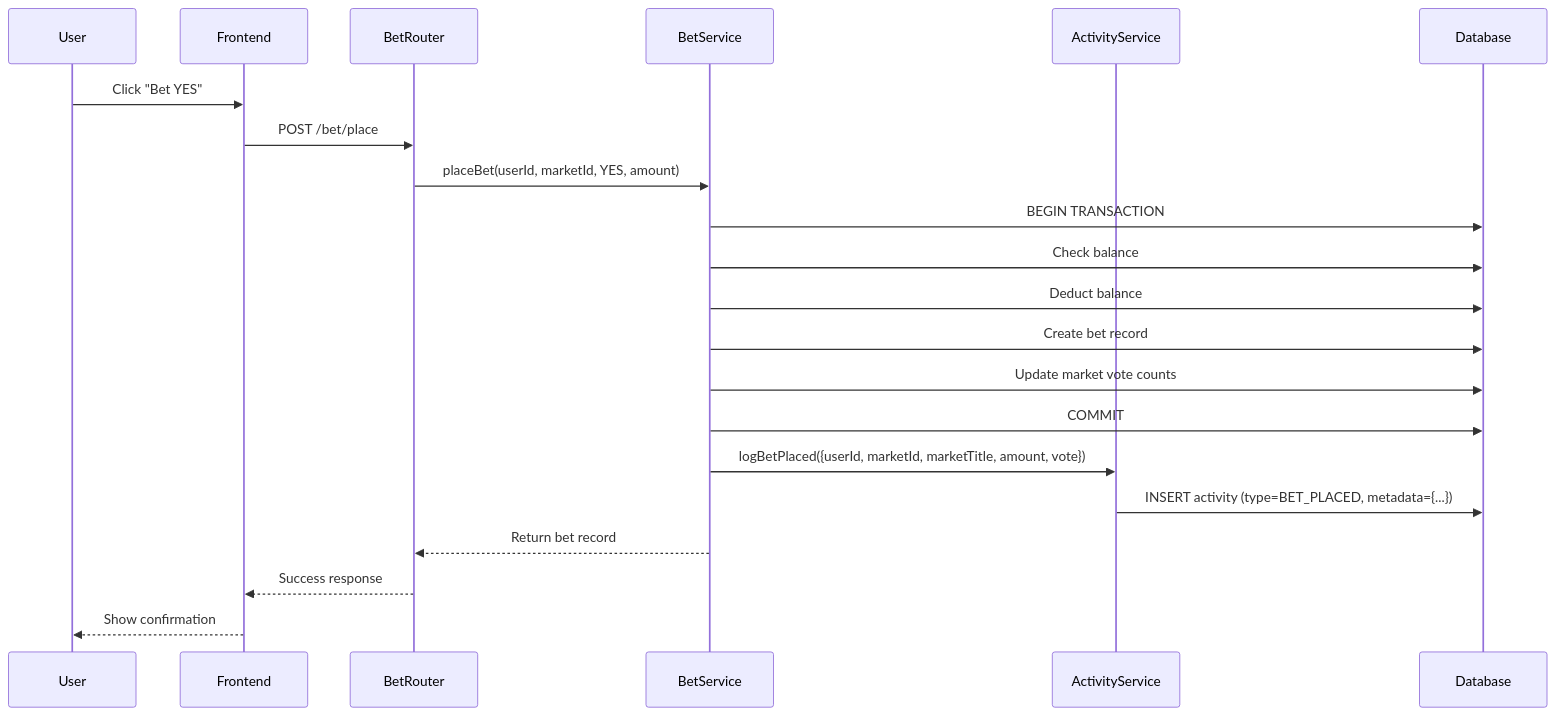
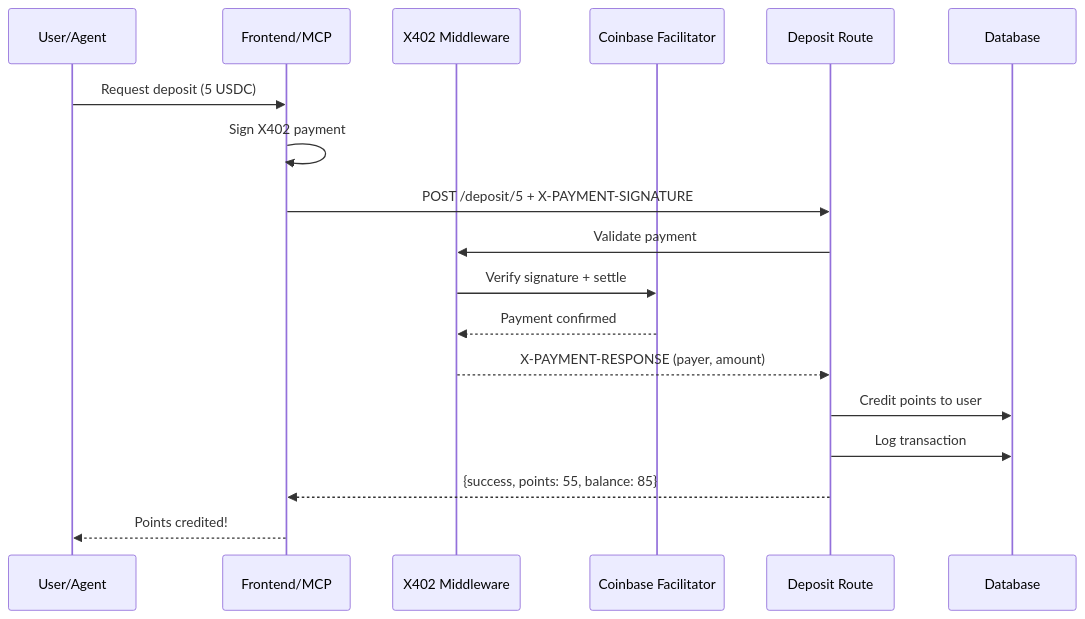
One commit to grmkris/yoda.fun changed the second of 7 diagrams in docs/ACTIVITY_SYSTEM_OVERVIEW.md. Above: the diagram before and after it, drawn with Mermaid. The commit also changed other lines of this file and 6 other files, not shown here.

````diff
--- a/docs/ACTIVITY_SYSTEM_OVERVIEW.md
+++ b/docs/ACTIVITY_SYSTEM_OVERVIEW.md
@@ -54,27 +62,23 @@
 ```mermaid
 sequenceDiagram
-    participant U as User
-    participant Web as Frontend
-    participant API as BetRouter
-    participant BS as BetService
-    participant AS as ActivityService
+    participant U as User/Agent
+    participant Web as Frontend/MCP
+    participant X402 as X402 Middleware
+    participant Facilitator as Coinbase Facilitator
+    participant API as Deposit Route
     participant DB as Database
 
-    U->>Web: Click "Bet YES"
-    Web->>API: POST /bet/place
-    API->>BS: placeBet(userId, marketId, YES, amount)
+    U->>Web: Request deposit (5 USDC)
+    Web->>Web: Sign X402 payment
+    Web->>API: POST /deposit/5 + X-PAYMENT-SIGNATURE
 
-    BS->>DB: BEGIN TRANSACTION
-    BS->>DB: Check balance
-    BS->>DB: Deduct balance
-    BS->>DB: Create bet record
-    BS->>DB: Update market vote counts
-    BS->>DB: COMMIT
+    API->>X402: Validate payment
+    X402->>Facilitator: Verify signature + settle
+    Facilitator-->>X402: Payment confirmed
+    X402-->>API: X-PAYMENT-RESPONSE (payer, amount)
 
-    BS->>AS: logBetPlaced({userId, marketId, marketTitle, amount, vote})
-    AS->>DB: INSERT activity (type=BET_PLACED, metadata={...})
-
-    BS-->>API: Return bet record
-    API-->>Web: Success response
-    Web-->>U: Show confirmation
+    API->>DB: Credit points to user
+    API->>DB: Log transaction
+    API-->>Web: {success, points: 55, balance: 85}
+    Web-->>U: Points credited!
 ```
````
